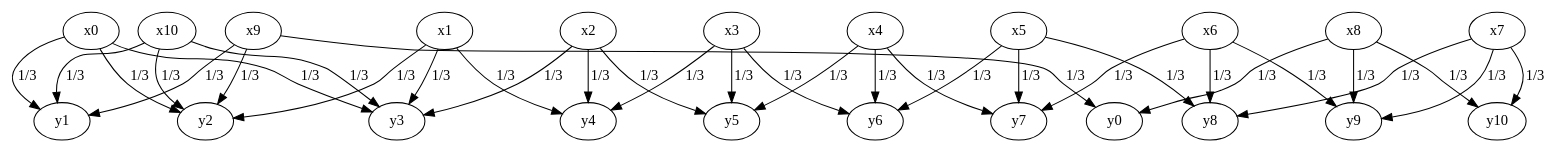
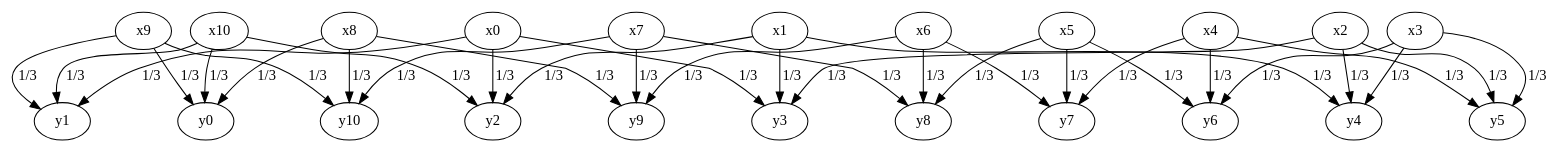
One commit to dilawar/Courses changed the diagram in InformationTheory2015/Assignment04/channel.dot. Above: the diagram before and after it, drawn with Graphviz. The commit also changed 2 other files, not shown here.

```diff
--- a/InformationTheory2015/Assignment04/channel.dot
+++ b/InformationTheory2015/Assignment04/channel.dot
@@ -1,13 +1,13 @@
 digraph channel {
     x0 -> y1, y2, y3 [ label = "1/3" ];
     x1 -> y2, y3, y4 [ label = "1/3"];
     x2 -> y3, y4, y5 [ label = "1/3"];
     x3 -> y4, y5, y6 [ label = "1/3" ];
     x4 -> y5, y6, y7 [ label = "1/3" ];
     x5 -> y6, y7, y8 [ label = "1/3" ];
     x6 -> y7, y8, y9 [ label = "1/3" ];
     x7 -> y8, y9, y10 [ label = "1/3" ];
     x8 -> y9, y10, y0 [ label = "1/3" ];
-    x9 -> y0, y1, y2 [ label = "1/3" ];
-    x10 -> y1, y2, y3 [ label = "1/3" ];
+    x9 -> y10, y0, y1 [ label = "1/3" ];
+    x10 -> y0, y1, y2 [ label = "1/3" ];
 }
```
